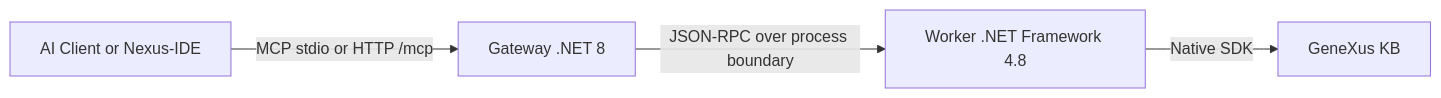
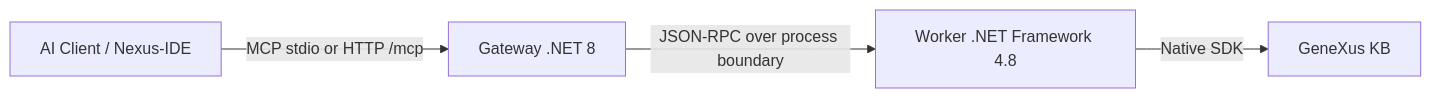
One commit to Edwinrpb111/genexus18-mcp-trial-version changed the diagram in README.md. Above: the diagram before and after it, drawn with Mermaid. The commit also changed other lines of this file and 7 other files, not shown here.

````diff
--- a/README.md
+++ b/README.md
@@ -203,6 +190,6 @@
 ```mermaid
 graph LR
-    A[AI Client or Nexus-IDE] -->|MCP stdio or HTTP /mcp| B[Gateway .NET 8]
+    A[AI Client / Nexus-IDE] -->|MCP stdio or HTTP /mcp| B[Gateway .NET 8]
     B -->|JSON-RPC over process boundary| C[Worker .NET Framework 4.8]
     C -->|Native SDK| D[GeneXus KB]
 ```
````
